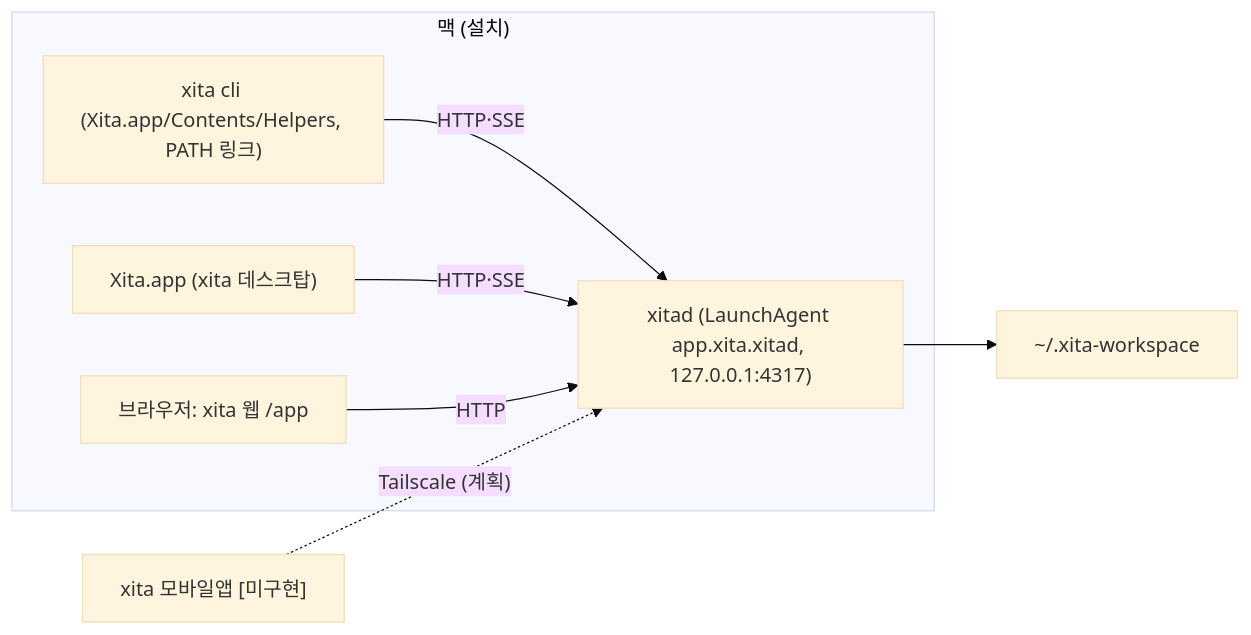
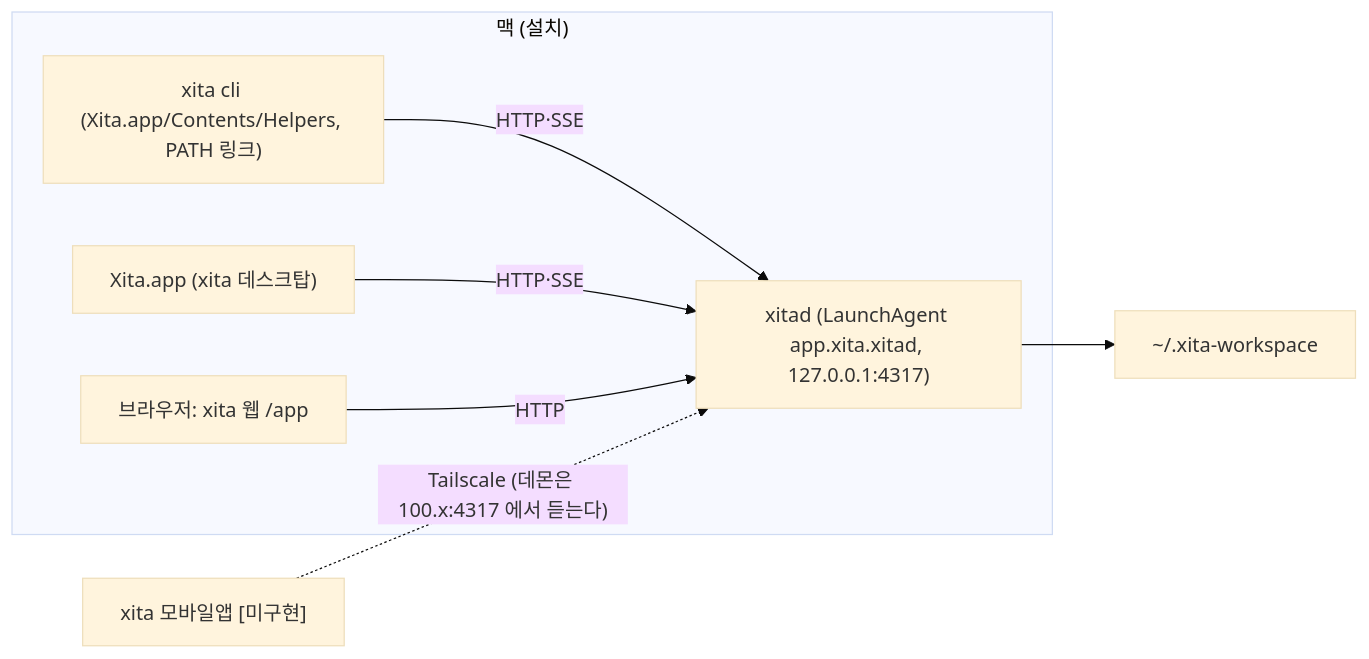
Before and after one commit to wjchoi87/xita: the eighth of 10 diagrams in docs/domain/xita-agent-os/index.md, drawn with Mermaid (base theme). The commit also changed other lines of this file, not shown here.

Commit message:
Docs: domain map — code sync (work runs and resume, work board, sales trend, integrations reconnect, Play deploy per planner, chat crash), Tailscale-only remote access

````diff
--- a/docs/domain/xita-agent-os/index.md
+++ b/docs/domain/xita-agent-os/index.md
@@ -280,16 +286,16 @@
 ```mermaid
 flowchart LR
   subgraph Mac["맥 (설치)"]
     D["xitad (LaunchAgent app.xita.xitad, 127.0.0.1:4317)"]
     C["xita cli (Xita.app/Contents/Helpers, PATH 링크)"]
     A["Xita.app (xita 데스크탑)"]
     B["브라우저: xita 웹 /app"]
   end
   M["xita 모바일앱 [미구현]"]
   W["~/.xita-workspace"]
   C -->|"HTTP·SSE"| D
   A -->|"HTTP·SSE"| D
   B -->|"HTTP"| D
-  M -.->|"Tailscale (계획)"| D
+  M -.->|"Tailscale (데몬은 100.x:4317 에서 듣는다)"| D
   D --> W
 ```
````
